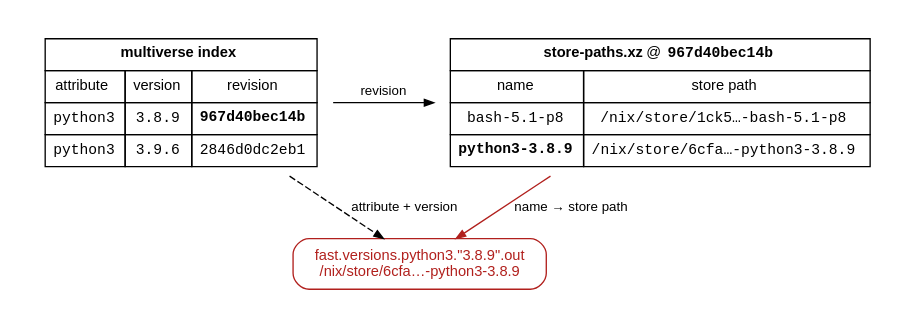
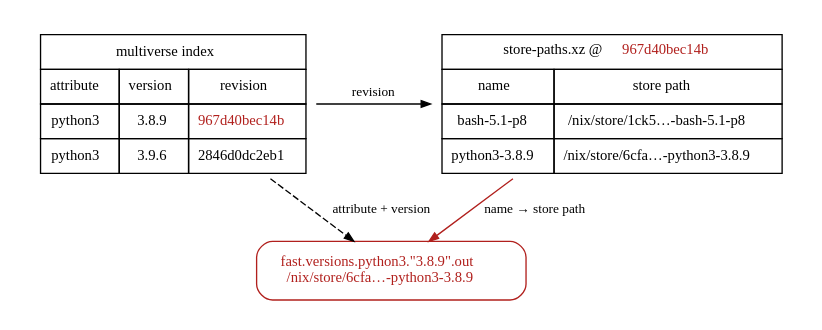
The diagram in _posts/2026-08-14-nixpkgs-multiverse-fast-mode.md (fzakaria/fzakaria.com), drawn with Graphviz before and after one commit. The commit also changed 1 other file, not shown here.

Commit message:
Fix diagram so that fast mode uses same font as site

````diff
--- a/_posts/2026-08-14-nixpkgs-multiverse-fast-mode.md
+++ b/_posts/2026-08-14-nixpkgs-multiverse-fast-mode.md
@@ -76,40 +76,41 @@
 ```graphviz
 digraph join {
   rankdir=TB
-  fontname="sans-serif"
-  node [shape=box style=rounded fontname="sans-serif" fontsize=11 margin="0.16,0.10"]
-  edge [fontname="sans-serif" fontsize=10 arrowsize=0.7]
-  nodesep=0.5 ranksep=0.5 pad=0.2
+  // JetBrains Mono, and nothing else, because it is the one font the page
+  // itself serves: an HTML-label table is drawn to the width Graphviz
+  // measures here, and any face the browser substitutes instead would push
+  // the text past the cell borders. flake.nix puts the same file fontconfig
+  // finds here in front of the reader as a @font-face.
+  fontname="JetBrains Mono"
+  node [shape=plaintext fontname="JetBrains Mono" fontsize=11]
+  edge [fontname="JetBrains Mono" fontsize=10 arrowsize=0.7]
+  nodesep=0.6 ranksep=0.5 pad=0.2
 
-  index [shape=plaintext label=<
-    <table border="0" cellborder="1" cellspacing="0" cellpadding="5">
-      <tr><td colspan="3"><b>multiverse index</b></td></tr>
+  index [label=<
+    <table border="0" cellborder="1" cellspacing="0" cellpadding="6">
+      <tr><td colspan="3">multiverse index</td></tr>
       <tr><td>attribute</td><td>version</td><td>revision</td></tr>
-      <tr><td><font face="monospace">python3</font></td>
-          <td><font face="monospace">3.8.9</font></td>
-          <td><font face="monospace"><b>967d40bec14b</b></font></td></tr>
-      <tr><td><font face="monospace">python3</font></td>
-          <td><font face="monospace">3.9.6</font></td>
-          <td><font face="monospace">2846d0dc2eb1</font></td></tr>
+      <tr><td>python3</td><td>3.8.9</td>
+          <td><font color="#b1201d">967d40bec14b</font></td></tr>
+      <tr><td>python3</td><td>3.9.6</td><td>2846d0dc2eb1</td></tr>
     </table>>]
 
-  listing [shape=plaintext label=<
-    <table border="0" cellborder="1" cellspacing="0" cellpadding="5">
-      <tr><td colspan="2"><b>store-paths.xz</b> @ <font face="monospace"><b>967d40bec14b</b></font></td></tr>
+  listing [label=<
+    <table border="0" cellborder="1" cellspacing="0" cellpadding="6">
+      <tr><td colspan="2">store-paths.xz @ <font color="#b1201d">967d40bec14b</font></td></tr>
       <tr><td>name</td><td>store path</td></tr>
-      <tr><td><font face="monospace">bash-5.1-p8</font></td>
-          <td><font face="monospace">/nix/store/1ck5…-bash-5.1-p8</font></td></tr>
-      <tr><td><font face="monospace"><b>python3-3.8.9</b></font></td>
-          <td><font face="monospace">/nix/store/6cfa…-python3-3.8.9</font></td></tr>
+      <tr><td>bash-5.1-p8</td><td>/nix/store/1ck5…-bash-5.1-p8</td></tr>
+      <tr><td>python3-3.8.9</td><td>/nix/store/6cfa…-python3-3.8.9</td></tr>
     </table>>]
 
-  out [label="fast.versions.python3.\"3.8.9\".out\n/nix/store/6cfa…-python3-3.8.9"
+  out [shape=box style=rounded margin="0.25,0.14"
+       label=<fast.versions.python3."3.8.9".out<br/>/nix/store/6cfa…-python3-3.8.9>
        color="#b1201d" fontcolor="#b1201d"]
 
   { rank=same; index; listing }
 
   index -> listing [label=" revision "]
   index -> out [label=" attribute + version " style=dashed]
   listing -> out [label=" name → store path " color="#b1201d"]
 }
 ```
````
